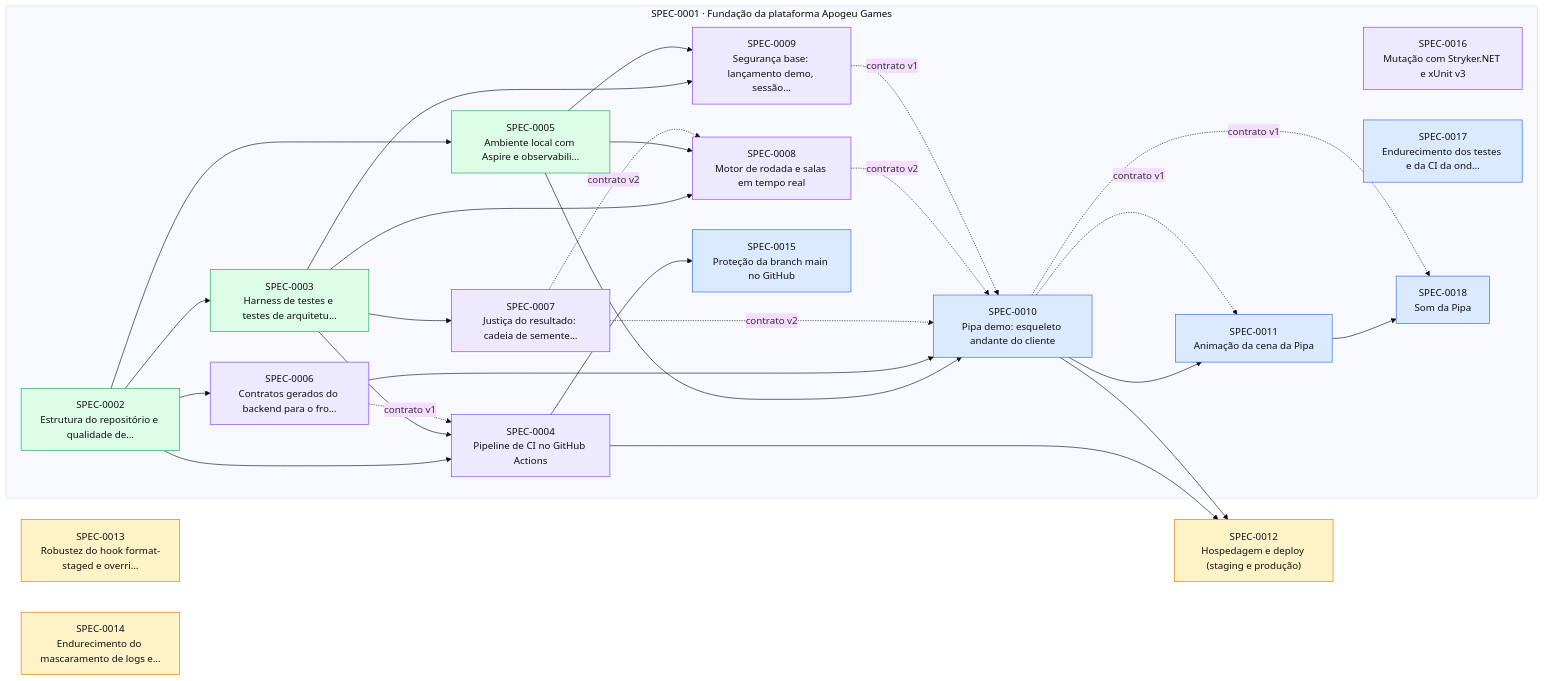
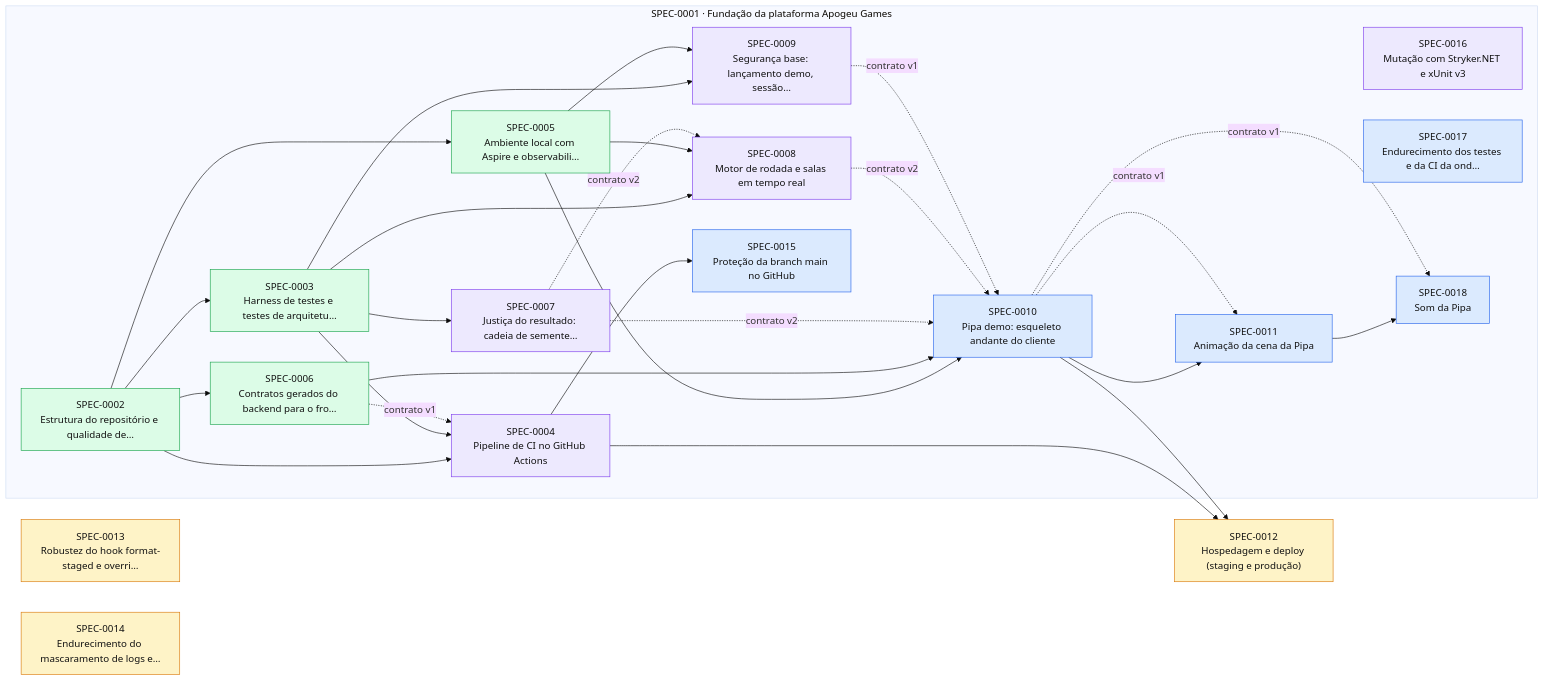
The diagram in docs/specs/INDEX.md (thomasravache/crash-games-provider), drawn with Mermaid (base theme) before and after one commit. The commit also changed other lines of this file and 1 other file, not shown here.

First line of the commit message:
docs(sdd): G7 da SPEC-0006 — implementada

````diff
--- a/docs/specs/INDEX.md
+++ b/docs/specs/INDEX.md
@@ -79,51 +78,51 @@
 ```mermaid
 flowchart LR
   S0012["SPEC-0012<br/>Hospedagem e deploy (staging e produção)"]:::proposed
   S0013["SPEC-0013<br/>Robustez do hook format-staged e overri…"]:::proposed
   S0014["SPEC-0014<br/>Endurecimento do mascaramento de logs e…"]:::proposed
   subgraph E0001["SPEC-0001 · Fundação da plataforma Apogeu Games"]
     S0002["SPEC-0002<br/>Estrutura do repositório e qualidade de…"]:::implemented
     S0003["SPEC-0003<br/>Harness de testes e testes de arquitetu…"]:::implemented
     S0004["SPEC-0004<br/>Pipeline de CI no GitHub Actions"]:::inprogress
     S0005["SPEC-0005<br/>Ambiente local com Aspire e observabili…"]:::implemented
-    S0006["SPEC-0006<br/>Contratos gerados do backend para o fro…"]:::inprogress
+    S0006["SPEC-0006<br/>Contratos gerados do backend para o fro…"]:::implemented
     S0007["SPEC-0007<br/>Justiça do resultado: cadeia de semente…"]:::inprogress
     S0008["SPEC-0008<br/>Motor de rodada e salas em tempo real"]:::inprogress
     S0009["SPEC-0009<br/>Segurança base: lançamento demo, sessão…"]:::inprogress
     S0010["SPEC-0010<br/>Pipa demo: esqueleto andante do cliente"]:::approved
     S0011["SPEC-0011<br/>Animação da cena da Pipa"]:::approved
     S0015["SPEC-0015<br/>Proteção da branch main no GitHub"]:::approved
     S0016["SPEC-0016<br/>Mutação com Stryker.NET e xUnit v3"]:::inprogress
     S0017["SPEC-0017<br/>Endurecimento dos testes e da CI da ond…"]:::approved
     S0018["SPEC-0018<br/>Som da Pipa"]:::approved
   end
   S0002 --> S0003
   S0002 --> S0004
   S0003 --> S0004
   S0006 -. contrato v1 .-> S0004
   S0002 --> S0005
   S0002 --> S0006
   S0003 --> S0007
   S0003 --> S0008
   S0005 --> S0008
   S0007 -. contrato v2 .-> S0008
   S0003 --> S0009
   S0005 --> S0009
   S0005 --> S0010
   S0006 --> S0010
   S0007 -. contrato v2 .-> S0010
   S0008 -. contrato v2 .-> S0010
   S0009 -. contrato v1 .-> S0010
   S0010 --> S0011
   S0010 -. contrato v1 .-> S0011
   S0004 --> S0012
   S0010 --> S0012
   S0004 --> S0015
   S0011 --> S0018
   S0010 -. contrato v1 .-> S0018
   classDef proposed fill:#fef3c7,stroke:#d97706,color:#111
   classDef approved fill:#dbeafe,stroke:#2563eb,color:#111
   classDef inprogress fill:#ede9fe,stroke:#7c3aed,color:#111
   classDef implemented fill:#dcfce7,stroke:#16a34a,color:#111
   classDef deprecated fill:#f3f4f6,stroke:#9ca3af,color:#6b7280
 ```
````
